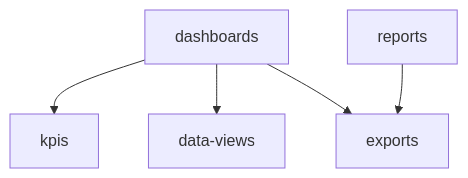
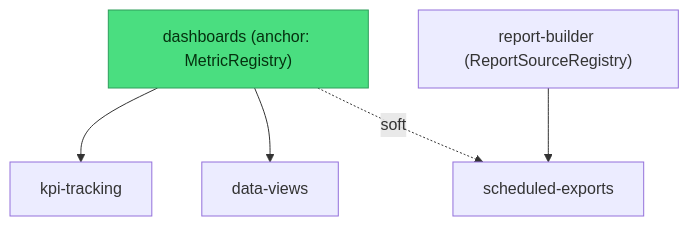
Before and after one commit to Max-Nijenkamp/FlowFlex: the first of 2 diagrams in vault/domains/analytics/_index.md, drawn with Mermaid. The commit also changed other lines of this file and 2956 other files, not shown here.

````diff
--- a/vault/domains/analytics/_index.md
+++ b/vault/domains/analytics/_index.md
@@ -39,7 +36,16 @@
 ```mermaid
 graph TD
+    dashboards["dashboards (anchor: MetricRegistry)"]
+    reports["report-builder (ReportSourceRegistry)"]
+    kpis["kpi-tracking"]
+    dataviews["data-views"]
+    exports["scheduled-exports"]
+
     dashboards --> kpis
-    dashboards --> data-views
+    dashboards --> dataviews
     reports --> exports
-    dashboards --> exports
+    dashboards -.soft.-> exports
+
+    classDef anchor fill:#4ADE80,stroke:#2E9E5B,color:#05310f;
+    class dashboards anchor;
 ```
````
